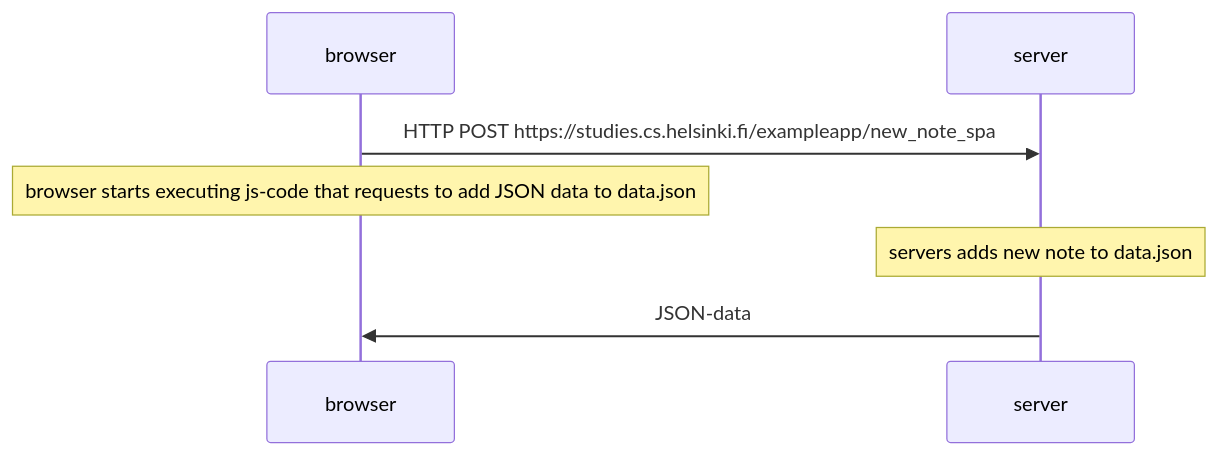
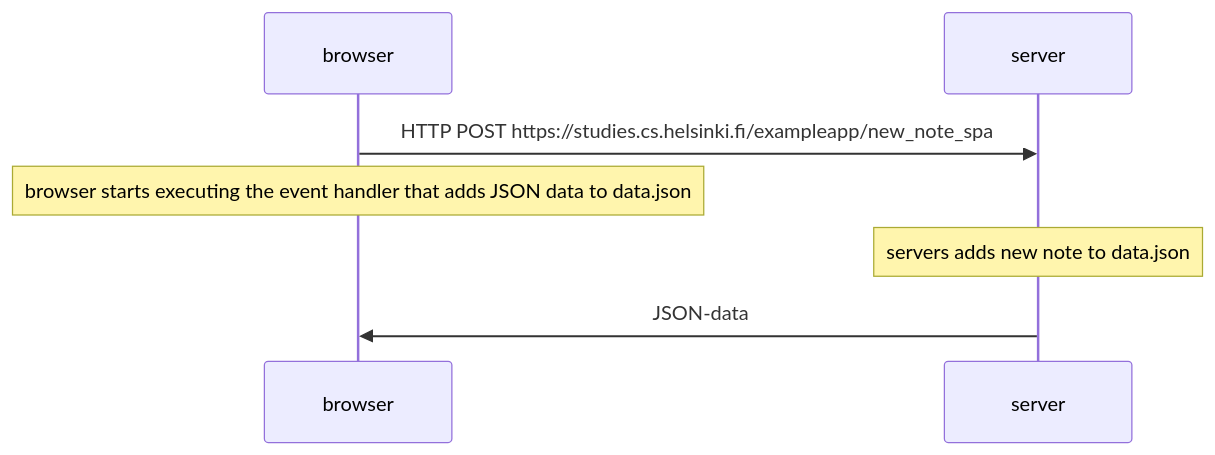
Before and after one commit to piriyacoco/fs-open-part0: the diagram in ex06-newnote/README.md, drawn with Mermaid.

Commit message:
change wording

````diff
--- a/ex06-newnote/README.md
+++ b/ex06-newnote/README.md
@@ -1,8 +1,8 @@
 ```mermaid
 sequenceDiagram
 
 browser->>server: HTTP POST https://studies.cs.helsinki.fi/exampleapp/new_note_spa
-Note over browser: browser starts executing js-code that requests to add JSON data to data.json
+Note over browser: browser starts executing the event handler that adds JSON data to data.json
 Note over server: servers adds new note to data.json
 server->>browser: JSON-data
 ```
````
